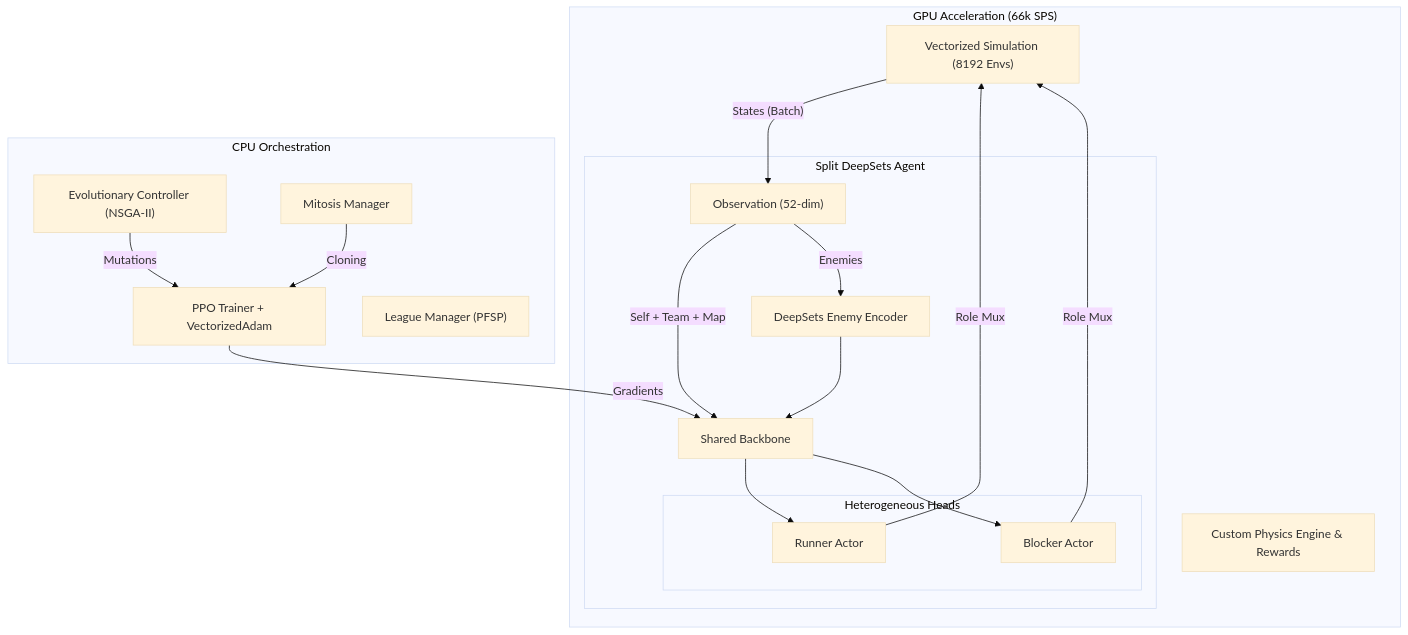
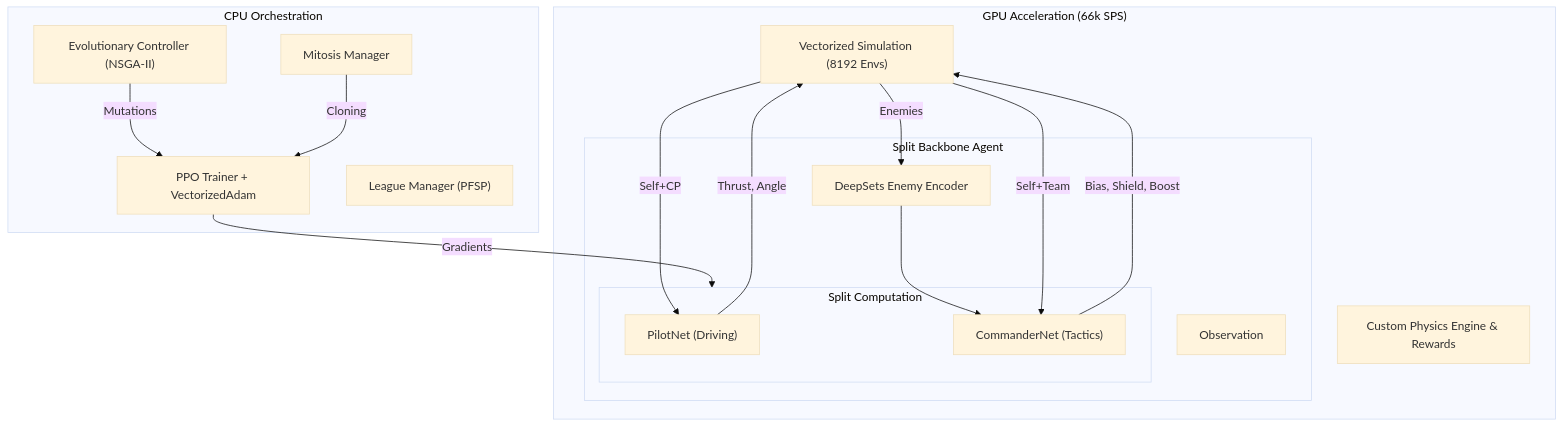
One commit to Vietnoirien/Sebulba-s-Legacy changed the diagram in README.md. Above: the diagram before and after it, drawn with Mermaid (base theme). The commit also changed other lines of this file and 10 other files, not shown here.

````diff
--- a/README.md
+++ b/README.md
@@ -92,39 +92,37 @@
 ```mermaid
 graph TD
     subgraph GPU_ACC ["GPU Acceleration (66k SPS)"]
         sim_vec["Vectorized Simulation (8192 Envs)"]
         physics_eng["Custom Physics Engine & Rewards"]
         
-        subgraph agent_model ["Split DeepSets Agent"]
-            obs_input["Observation (52-dim)"]
-            backbone_net["Shared Backbone"]
+        subgraph agent_model ["Split Backbone Agent"]
+            obs_input["Observation"]
             
-            subgraph dual_heads ["Heterogeneous Heads"]
-                actor_runner["Runner Actor"]
-                actor_blocker["Blocker Actor"]
+            subgraph split_brains ["Split Computation"]
+                pilot_net["PilotNet (Driving)"]
+                commander_net["CommanderNet (Tactics)"]
             end
             
             enemy_encoder["DeepSets Enemy Encoder"]
         end
     end
     
     subgraph CPU_ORCH ["CPU Orchestration"]
         ppo_trainer["PPO Trainer + VectorizedAdam"]
         ga_ctrl["Evolutionary Controller (NSGA-II)"]
         league_mgr["League Manager (PFSP)"]
         mitosis_mgr["Mitosis Manager"]
     end
     
-    sim_vec -- "States (Batch)" --> obs_input
-    obs_input -- "Self + Team + Map" --> backbone_net
-    obs_input -- "Enemies" --> enemy_encoder 
-    enemy_encoder --> backbone_net
-    backbone_net --> actor_runner
-    backbone_net --> actor_blocker
-    actor_runner -- "Role Mux" --> sim_vec
-    actor_blocker -- "Role Mux" --> sim_vec
+    sim_vec -- "Self+CP" --> pilot_net
+    sim_vec -- "Enemies" --> enemy_encoder 
+    enemy_encoder --> commander_net
+    sim_vec -- "Self+Team" --> commander_net
     
-    ppo_trainer -- "Gradients" --> backbone_net
+    pilot_net -- "Thrust, Angle" --> sim_vec
+    commander_net -- "Bias, Shield, Boost" --> sim_vec
+    
+    ppo_trainer -- "Gradients" --> split_brains
     ga_ctrl -- "Mutations" --> ppo_trainer
     mitosis_mgr -- "Cloning" --> ppo_trainer
 ```
````
